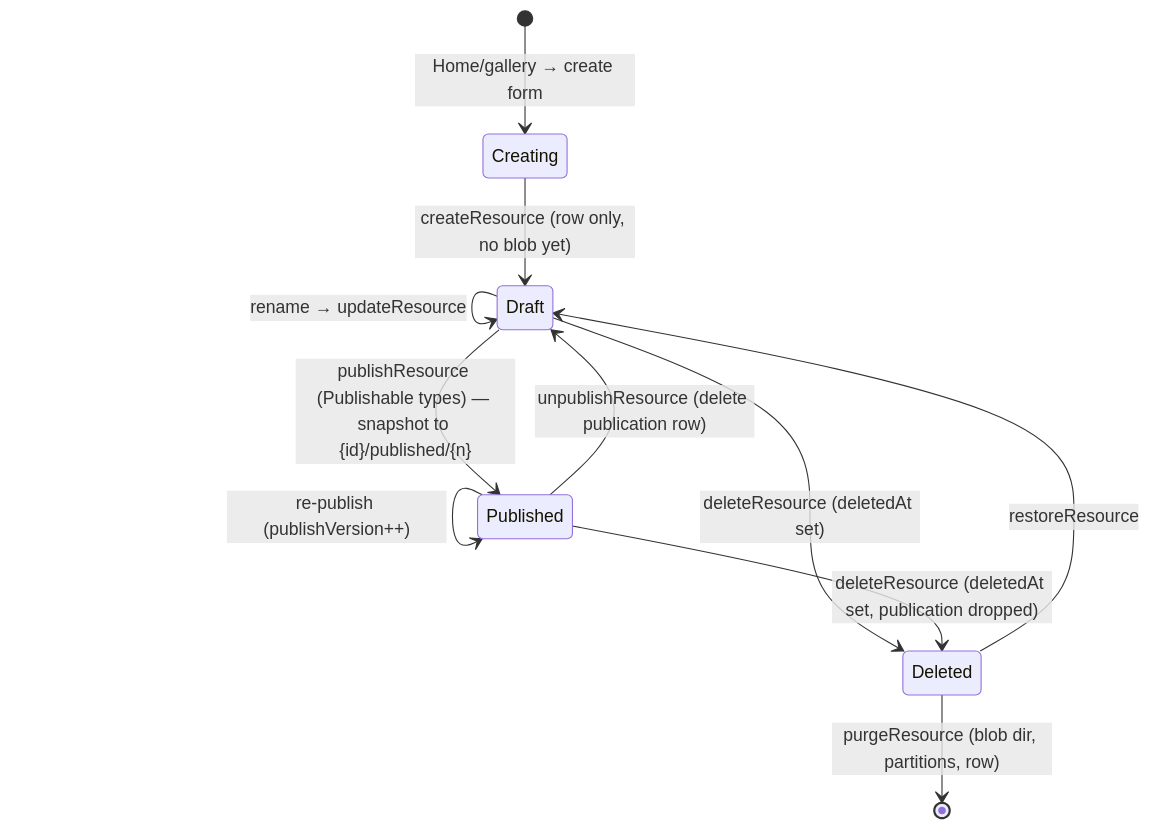
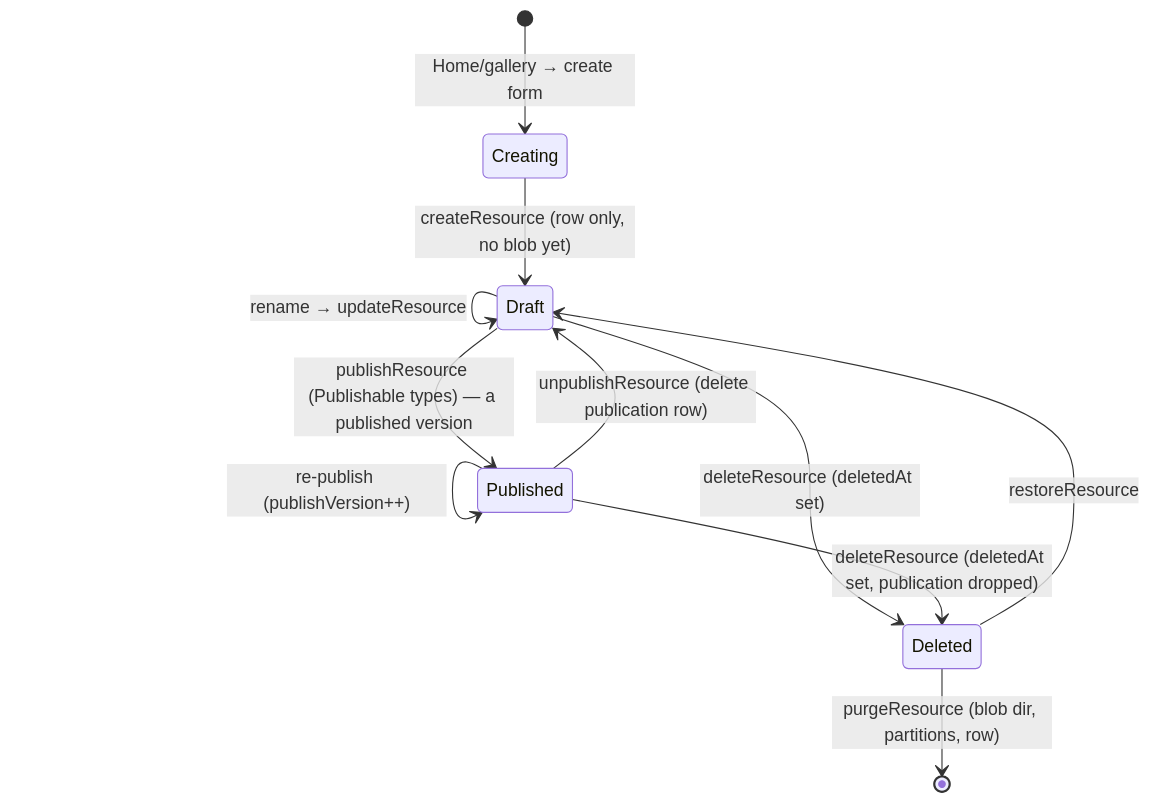
Before and after one commit to Esposter/Esposter: the third of 3 diagrams in apps/web/content/docs/resource/explorer.md, drawn with Mermaid. The commit also changed 73 other files, not shown here.

````diff
--- a/apps/web/content/docs/resource/explorer.md
+++ b/apps/web/content/docs/resource/explorer.md
@@ -146,14 +146,14 @@
 ```mermaid
 stateDiagram-v2
   [*] --> Creating: Home/gallery → create form
   Creating --> Draft: createResource (row only, no blob yet)
   Draft --> Draft: edit blade → saveResourceContent (contentVersion++)
   Draft --> Draft: rename → updateResource
-  Draft --> Published: publishResource (Publishable types) — snapshot to {id}/published/{n}
+  Draft --> Published: publishResource (Publishable types) — a published version
   Published --> Published: re-publish (publishVersion++)
   Published --> Draft: unpublishResource (delete publication row)
   Draft --> Deleted: deleteResource (deletedAt set)
   Published --> Deleted: deleteResource (deletedAt set, publication dropped)
   Deleted --> Draft: restoreResource
   Deleted --> [*]: purgeResource (blob dir, partitions, row)
 ```
````
